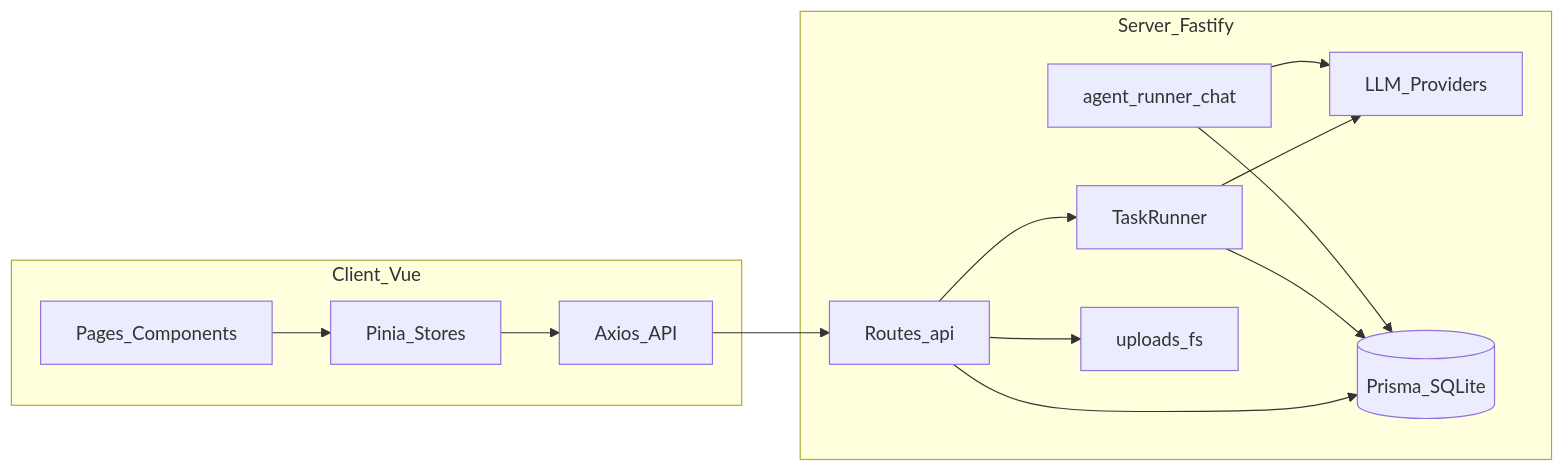
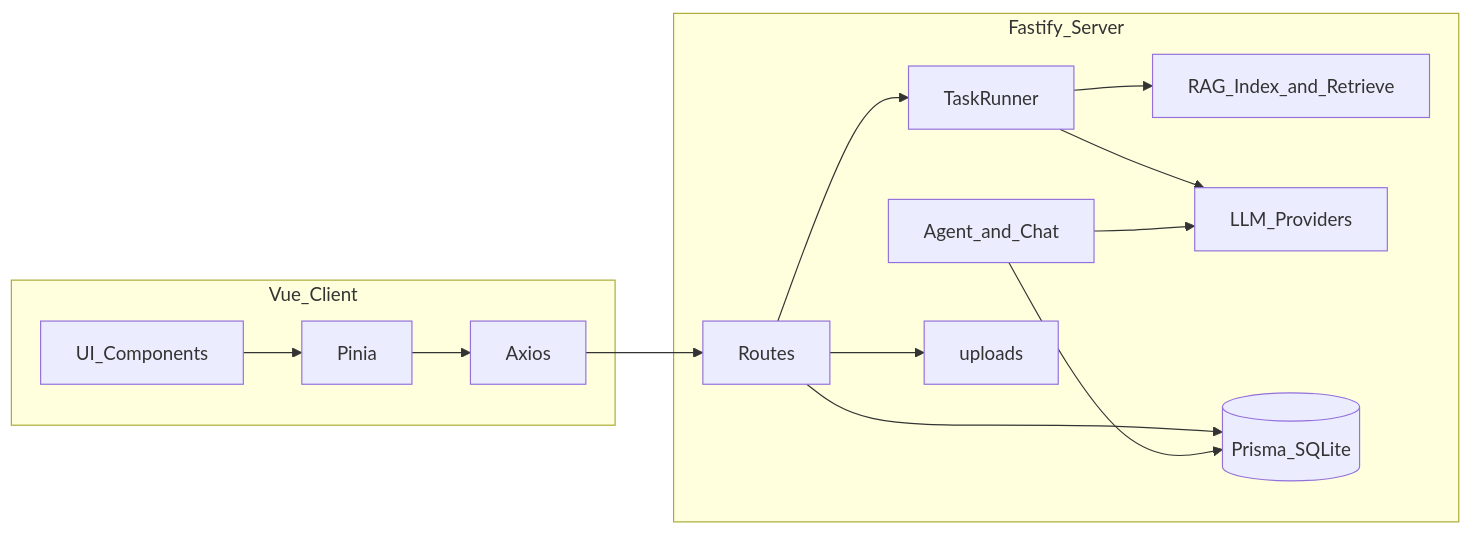
Before and after one commit to lcy3267/fadun: the diagram in README.md, drawn with Mermaid. The commit also changed other lines of this file and 15 other files, not shown here.

````diff
--- a/README.md
+++ b/README.md
@@ -37,24 +54,25 @@
 ```mermaid
 flowchart LR
-  subgraph client [Client_Vue]
-    UI[Pages_Components]
-    Pinia[Pinia_Stores]
-    API[Axios_API]
+  subgraph client [Vue_Client]
+    UI[UI_Components]
+    Pinia[Pinia]
+    API[Axios]
   end
-  subgraph server [Server_Fastify]
-    Routes[Routes_api]
+  subgraph server [Fastify_Server]
+    Routes[Routes]
     TaskRunner[TaskRunner]
-    Agent[agent_runner_chat]
+    Agent[Agent_and_Chat]
+    RAG[RAG_Index_and_Retrieve]
     Providers[LLM_Providers]
     DB[(Prisma_SQLite)]
-    Uploads[uploads_fs]
+    Uploads[uploads]
   end
   UI --> Pinia --> API --> Routes
   Routes --> DB
   Routes --> Uploads
   Routes --> TaskRunner
   TaskRunner --> Providers
-  TaskRunner --> DB
+  TaskRunner --> RAG
   Agent --> Providers
   Agent --> DB
 ```
````
